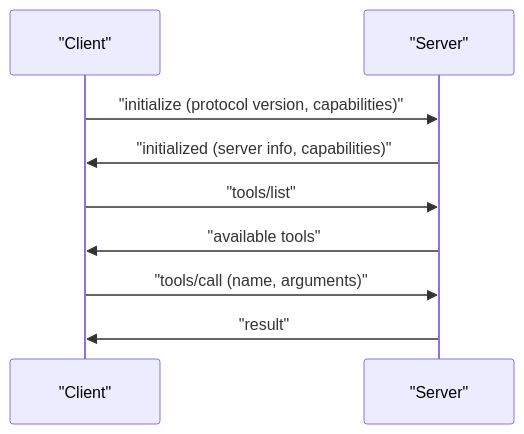
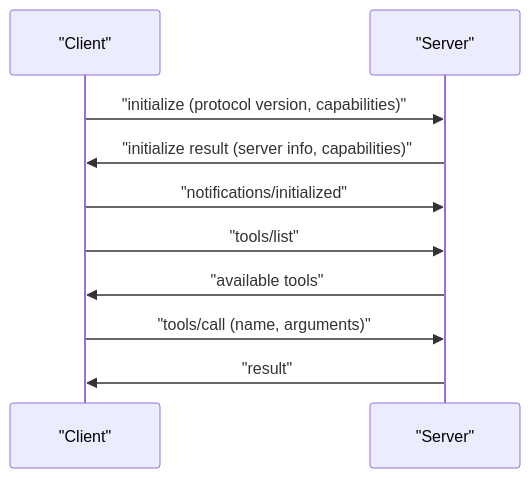
The second of 2 diagrams in src/content/ai-engineering/03-agents/04-model-context-protocol.md (ft-abhishekgupta/interview-prep-suite), drawn with Mermaid before and after one commit. The commit also changed other lines of this file and 307 other files, not shown here.

````diff
--- a/src/content/ai-engineering/03-agents/04-model-context-protocol.md
+++ b/src/content/ai-engineering/03-agents/04-model-context-protocol.md
@@ -52,11 +58,12 @@
 ```mermaid
 sequenceDiagram
     participant C as "Client"
     participant S as "Server"
     C->>S: "initialize (protocol version, capabilities)"
-    S->>C: "initialized (server info, capabilities)"
+    S->>C: "initialize result (server info, capabilities)"
+    C->>S: "notifications/initialized"
     C->>S: "tools/list"
     S->>C: "available tools"
     C->>S: "tools/call (name, arguments)"
     S->>C: "result"
 ```
````
